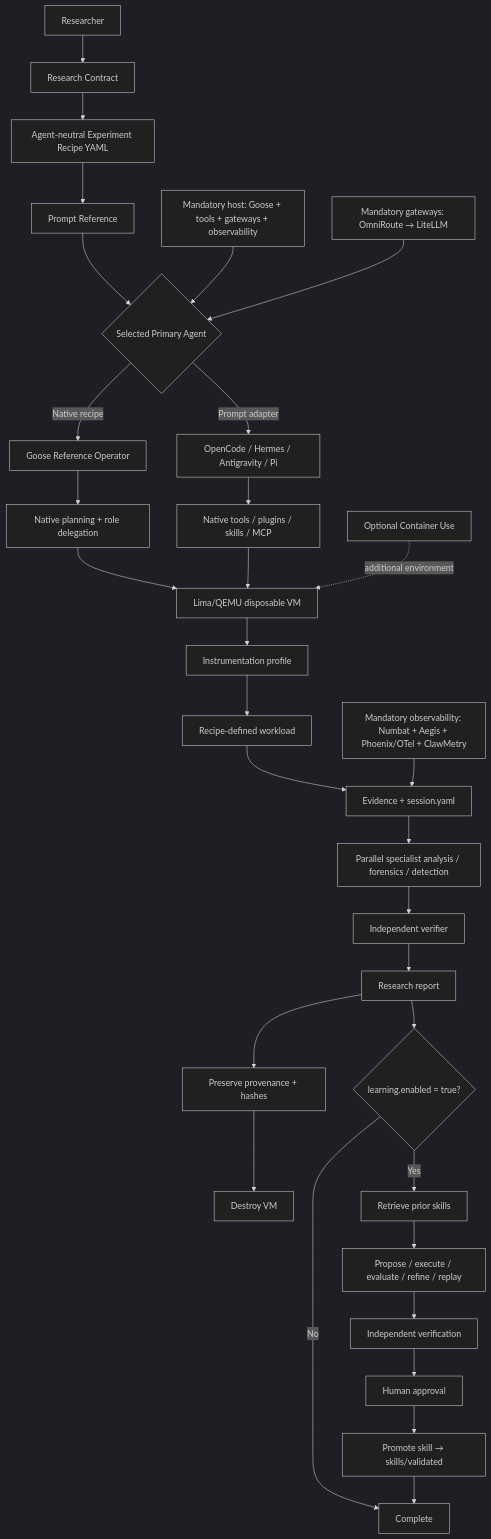
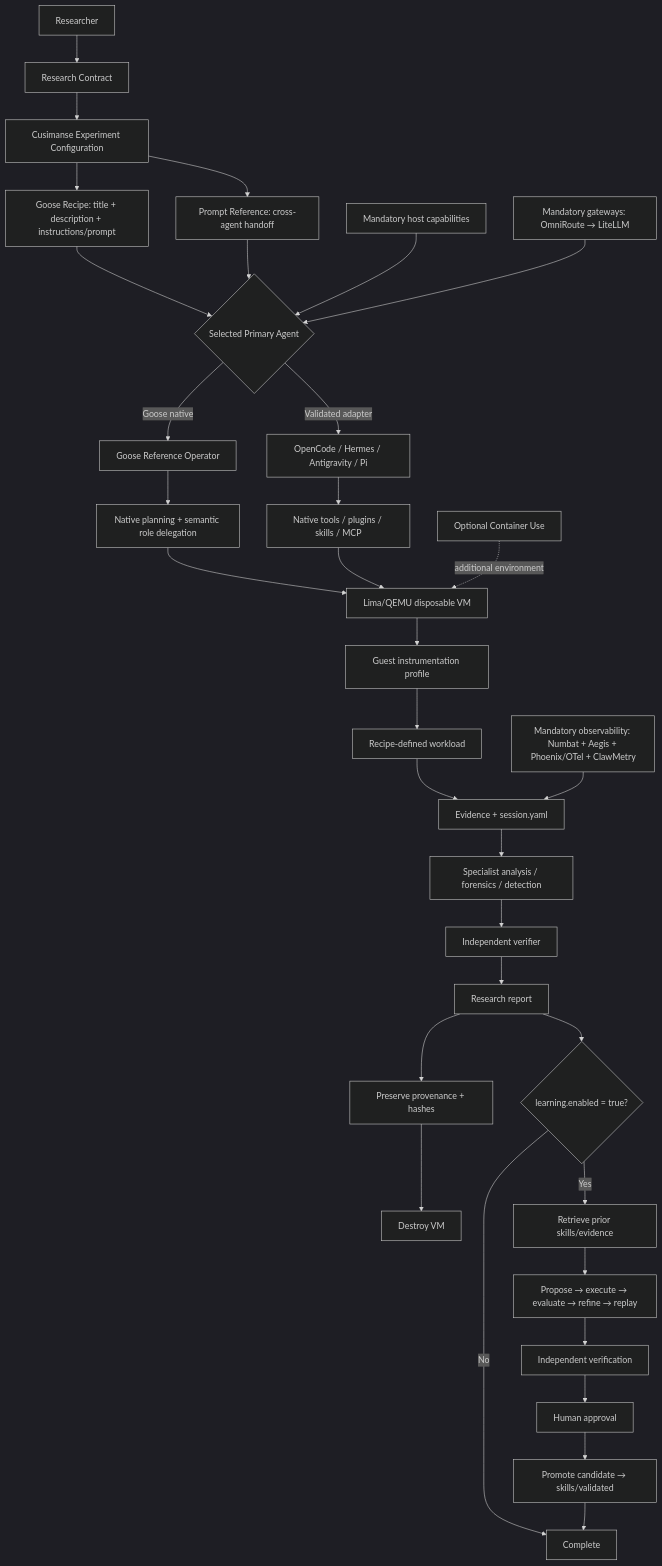
The diagram in docs/architecture/cusimanse-architecture.mmd (Opposum0112/Cusimanse), drawn with Mermaid (dark theme) before and after one commit.

Commit message:
docs: clarify Goose recipe and experiment configuration layers

```diff
--- a/docs/architecture/cusimanse-architecture.mmd
+++ b/docs/architecture/cusimanse-architecture.mmd
@@ -1,31 +1,33 @@
 flowchart TB
     R[Researcher] --> C[Research Contract]
-    C --> E[Agent-neutral Experiment Recipe YAML]
-    E --> P[Prompt Reference]
-    P --> A{Selected Primary Agent}
-    A -->|Native recipe| G[Goose Reference Operator]
-    A -->|Prompt adapter| O[OpenCode / Hermes / Antigravity / Pi]
-    G --> N[Native planning + role delegation]
+    C --> E[Cusimanse Experiment Configuration]
+    E --> GR[Goose Recipe: title + description + instructions/prompt]
+    E --> P[Prompt Reference: cross-agent handoff]
+    GR --> A{Selected Primary Agent}
+    P --> A
+    A -->|Goose native| G[Goose Reference Operator]
+    A -->|Validated adapter| O[OpenCode / Hermes / Antigravity / Pi]
+    G --> N[Native planning + semantic role delegation]
     O --> N2[Native tools / plugins / skills / MCP]
     N --> X[Lima/QEMU disposable VM]
     N2 --> X
-    X --> I[Instrumentation profile]
+    X --> I[Guest instrumentation profile]
     I --> W[Recipe-defined workload]
     W --> EV[Evidence + session.yaml]
-    EV --> S1[Parallel specialist analysis / forensics / detection]
+    EV --> S1[Specialist analysis / forensics / detection]
     S1 --> V[Independent verifier]
     V --> RP[Research report]
     RP --> PR[Preserve provenance + hashes]
     PR --> D[Destroy VM]
     RP --> L{learning.enabled = true?}
     L -->|No| END[Complete]
-    L -->|Yes| LR[Retrieve prior skills]
-    LR --> LP[Propose / execute / evaluate / refine / replay]
+    L -->|Yes| LR[Retrieve prior skills/evidence]
+    LR --> LP[Propose → execute → evaluate → refine → replay]
     LP --> LI[Independent verification]
     LI --> HA[Human approval]
-    HA --> SK[Promote skill → skills/validated]
+    HA --> SK[Promote candidate → skills/validated]
     SK --> END
-    H[Mandatory host: Goose + tools + gateways + observability] --> A
+    H[Mandatory host capabilities] --> A
     M[Mandatory gateways: OmniRoute → LiteLLM] --> A
     T[Mandatory observability: Numbat + Aegis + Phoenix/OTel + ClawMetry] --> EV
     CU[Optional Container Use] -. additional environment .-> X
```
